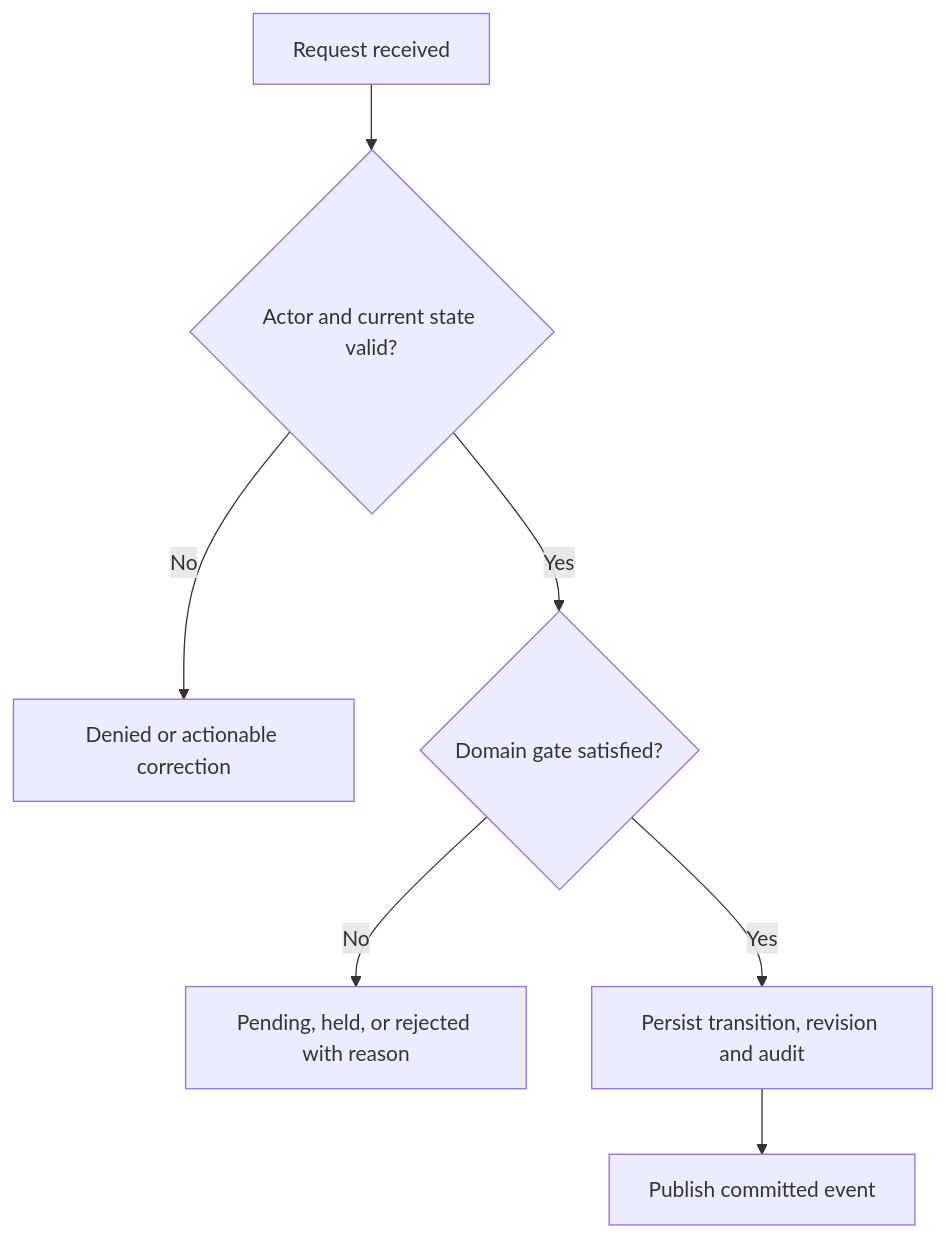
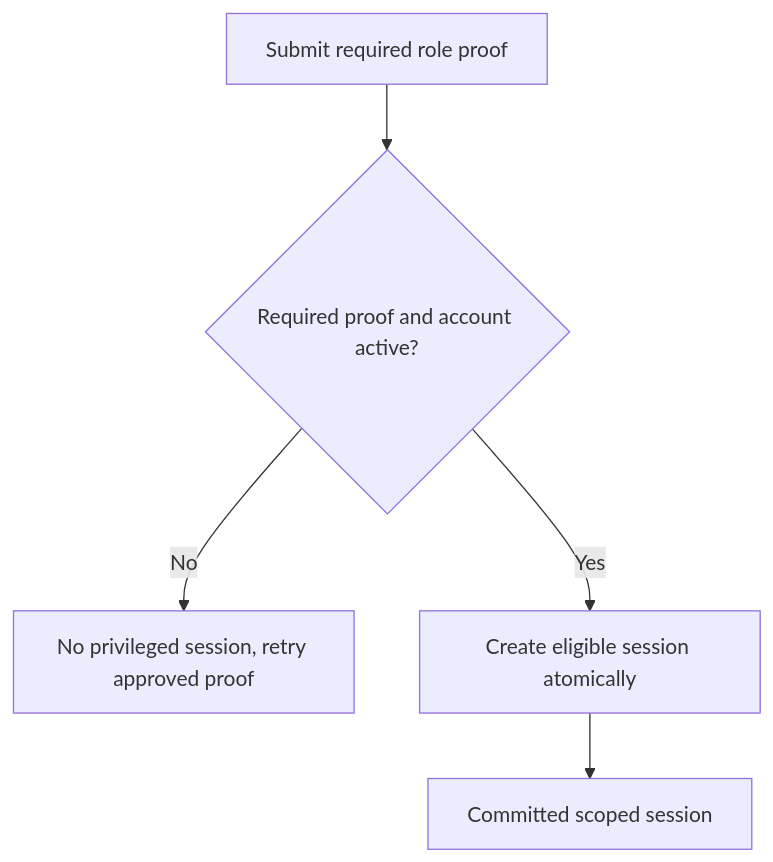
One commit to shiladityamajumder/pharmville-docs changed the second of 2 diagrams in 03-Modules/Authentication_Access/LLD.md. Above: the diagram before and after it, drawn with Mermaid. The commit also changed other lines of this file and 158 other files, not shown here.

Commit message:
docs: add business guides, fix Mermaid diagrams, improve traceability and automate validation

````diff
--- a/03-Modules/Authentication_Access/LLD.md
+++ b/03-Modules/Authentication_Access/LLD.md
@@ -331,9 +294,7 @@
 ```mermaid
 flowchart TD
- A[Request received] --> B{Actor and current state valid?}
- B -->|No| C[Denied or actionable correction]
- B -->|Yes| D{Domain gate satisfied?}
- D -->|No| E[Pending, held, or rejected with reason]
- D -->|Yes| F[Persist transition, revision and audit]
- F --> G[Publish committed event]
+  A["Submit required role proof"] --> B{"Required proof and account active?"}
+  B -->|No| C["No privileged session, retry approved proof"]
+  B -->|Yes| D["Create eligible session atomically"]
+  D --> E["Committed scoped session"]
 ```
````
